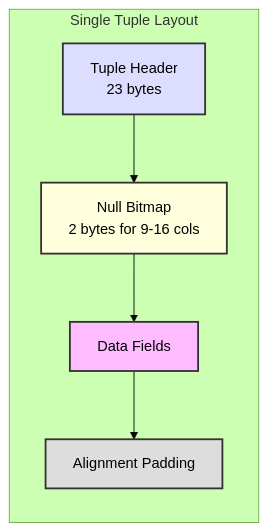
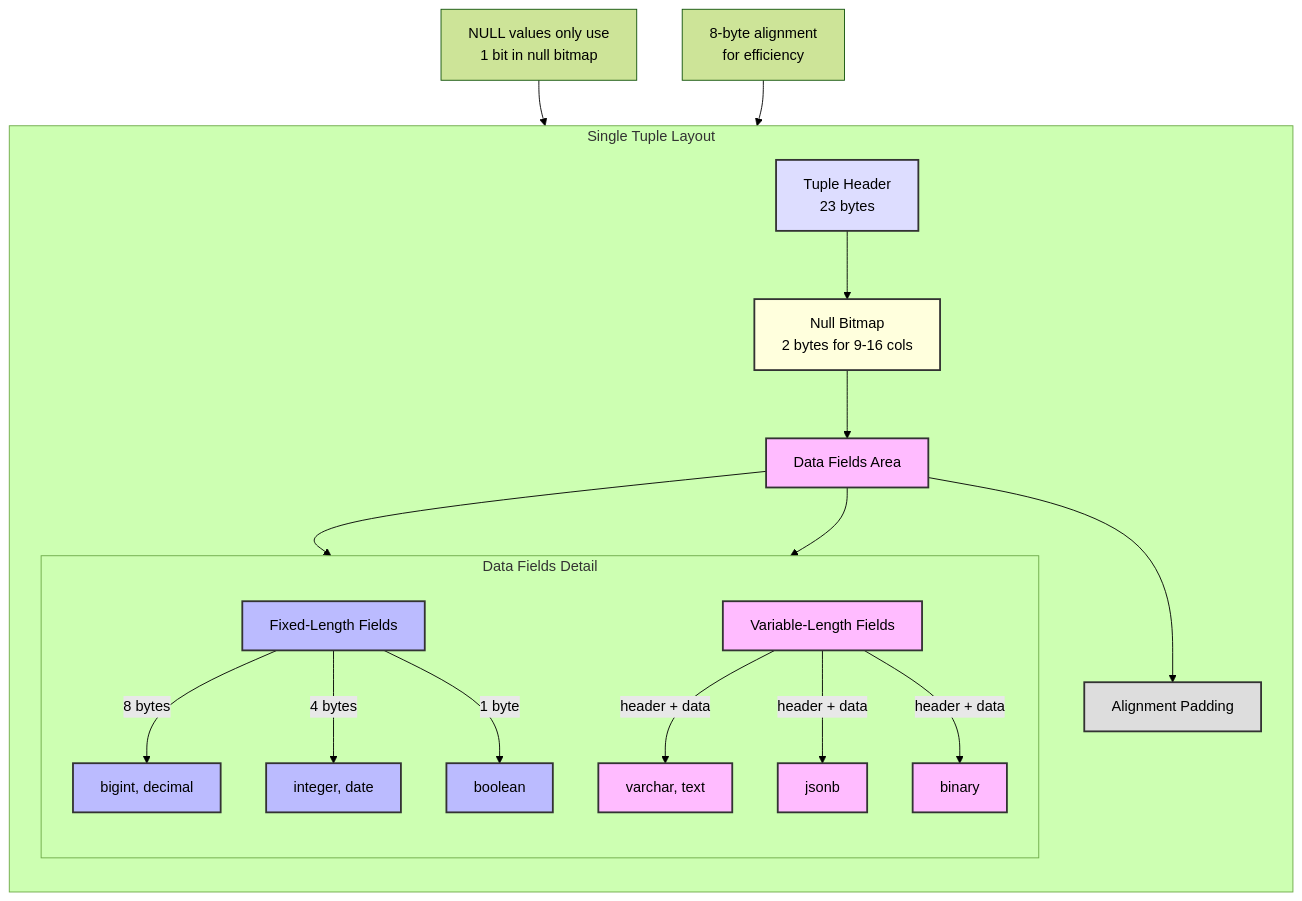
Before and after one commit to jonatas/postgresql-performance-for-rubyists: the third of 8 diagrams in examples/01_storage/README.md, drawn with Mermaid (forest theme). The commit also changed other lines of this file and 5 other files, not shown here.

````diff
--- a/examples/01_storage/README.md
+++ b/examples/01_storage/README.md
@@ -54,13 +56,40 @@
 ```mermaid
-graph LR
+graph TD
     subgraph "Single Tuple Layout"
+        direction TB
         TH[Tuple Header<br/>23 bytes] --> NB[Null Bitmap<br/>2 bytes for 9-16 cols]
-        NB --> DF[Data Fields]
+        NB --> DF[Data Fields Area]
         DF --> AP[Alignment Padding]
+        
+        subgraph "Data Fields Detail"
+            direction TB
+            F1[Fixed-Length Fields] --> |"8 bytes"|FD1[bigint, decimal]
+            F1 --> |"4 bytes"|FD2[integer, date]
+            F1 --> |"1 byte"|FD3[boolean]
+            
+            F2[Variable-Length Fields] --> |"header + data"|VD1[varchar, text]
+            F2 --> |"header + data"|VD2[jsonb]
+            F2 --> |"header + data"|VD3[binary]
+        end
+        
+        DF --> F1
+        DF --> F2
     end
 
     style TH fill:#ddf,stroke:#333,stroke-width:2px
     style NB fill:#ffd,stroke:#333,stroke-width:2px
     style DF fill:#fbf,stroke:#333,stroke-width:2px
     style AP fill:#ddd,stroke:#333,stroke-width:2px
+    style F1 fill:#bbf,stroke:#333,stroke-width:2px
+    style F2 fill:#fbf,stroke:#333,stroke-width:2px
+    style FD1 fill:#bbf,stroke:#333,stroke-width:2px
+    style FD2 fill:#bbf,stroke:#333,stroke-width:2px
+    style FD3 fill:#bbf,stroke:#333,stroke-width:2px
+    style VD1 fill:#fbf,stroke:#333,stroke-width:2px
+    style VD2 fill:#fbf,stroke:#333,stroke-width:2px
+    style VD3 fill:#fbf,stroke:#333,stroke-width:2px
+
+    %% Add annotations
+    AN1[NULL values only use<br/>1 bit in null bitmap] --> NB
+    AN2[8-byte alignment<br/>for efficiency] --> AP
 ```
````
